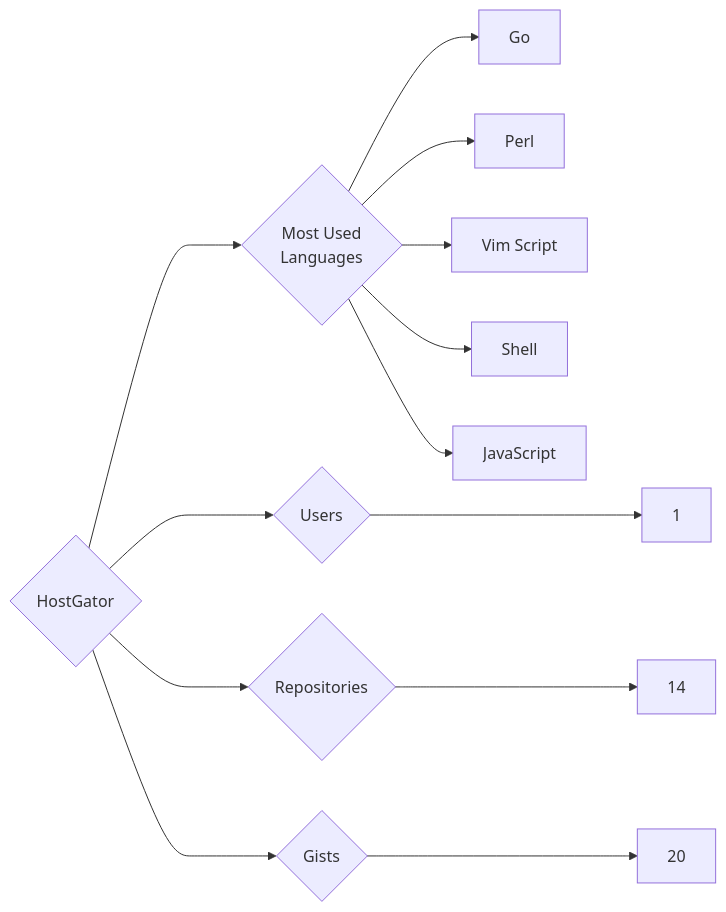
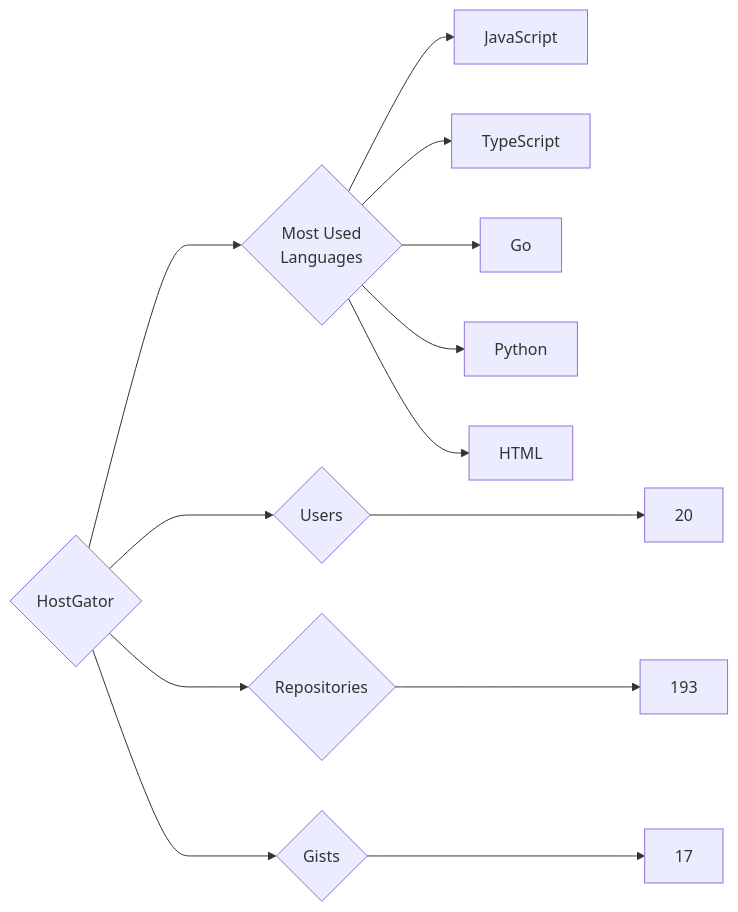
Before and after one commit to trickest/insiders: the diagram in targets/HostGator/README.md, drawn with Mermaid. The commit also changed 682 other files, not shown here.

````diff
--- a/targets/HostGator/README.md
+++ b/targets/HostGator/README.md
@@ -3,13 +3,13 @@
 ```mermaid
 graph LR
 COMPANY_NAME{HostGator}
-COMPANY_NAME ---> U{Users} ---> UN[1]
-COMPANY_NAME ---> R{Repositories} ---> RN[14]
-COMPANY_NAME ---> G{Gists} ---> GN[20]
+COMPANY_NAME ---> U{Users} ---> UN[20]
+COMPANY_NAME ---> R{Repositories} ---> RN[193]
+COMPANY_NAME ---> G{Gists} ---> GN[17]
 COMPANY_NAME ---> ML{Most Used<br>Languages}
+ML --> JavaScript[JavaScript]
+ML --> TypeScript[TypeScript]
 ML --> Go[Go]
-ML --> Perl[Perl]
-ML --> Vim_Script[Vim Script]
-ML --> Shell[Shell]
-ML --> JavaScript[JavaScript]
+ML --> Python[Python]
+ML --> HTML[HTML]
 ```
````
